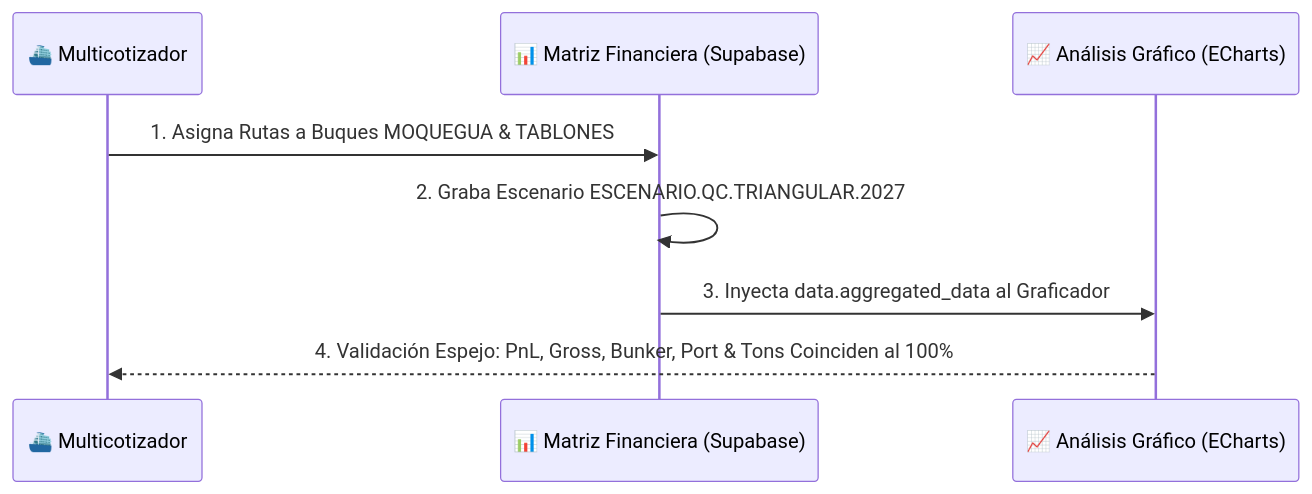
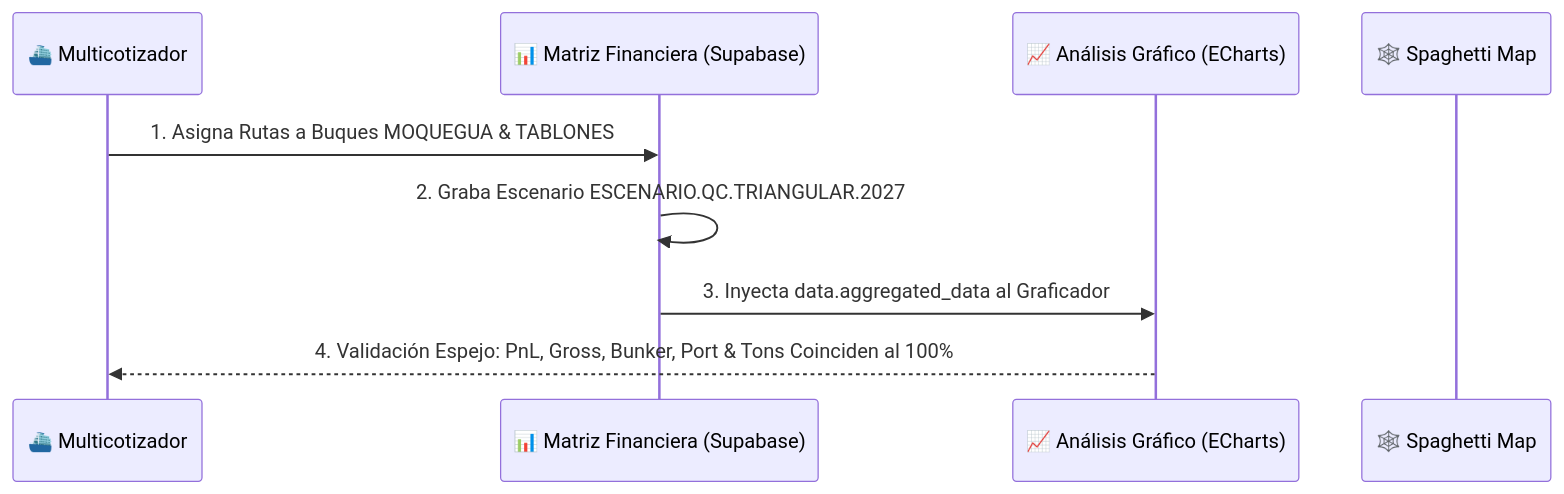
Before and after one commit to RichGutz/PETRAL.SMART.DASHBOARD: the third of 3 diagrams in Desarrollo.Profesional/Obsidian.Refactorizacion.Multicotizador/03_Protocolo_de_Control_de_Calidad_QC_Triangular_UI_Backend_Excel.md, drawn with Mermaid. The commit also changed other lines of this file, not shown here.

````diff
--- a/Desarrollo.Profesional/Obsidian.Refactorizacion.Multicotizador/03_Protocolo_de_Control_de_Calidad_QC_Triangular_UI_Backend_Excel.md
+++ b/Desarrollo.Profesional/Obsidian.Refactorizacion.Multicotizador/03_Protocolo_de_Control_de_Calidad_QC_Triangular_UI_Backend_Excel.md
@@ -120,11 +241,12 @@
 ```mermaid
 sequenceDiagram
     participant M as ⛴️ Multicotizador
     participant F as 📊 Matriz Financiera (Supabase)
     participant G as 📈 Análisis Gráfico (ECharts)
+    participant S as 🕸️ Spaghetti Map
 
     M->>F: 1. Asigna Rutas a Buques MOQUEGUA & TABLONES
     F->>F: 2. Graba Escenario ESCENARIO.QC.TRIANGULAR.2027
     F->>G: 3. Inyecta data.aggregated_data al Graficador
     G-->>M: 4. Validación Espejo: PnL, Gross, Bunker, Port & Tons Coinciden al 100%
 ```
````
